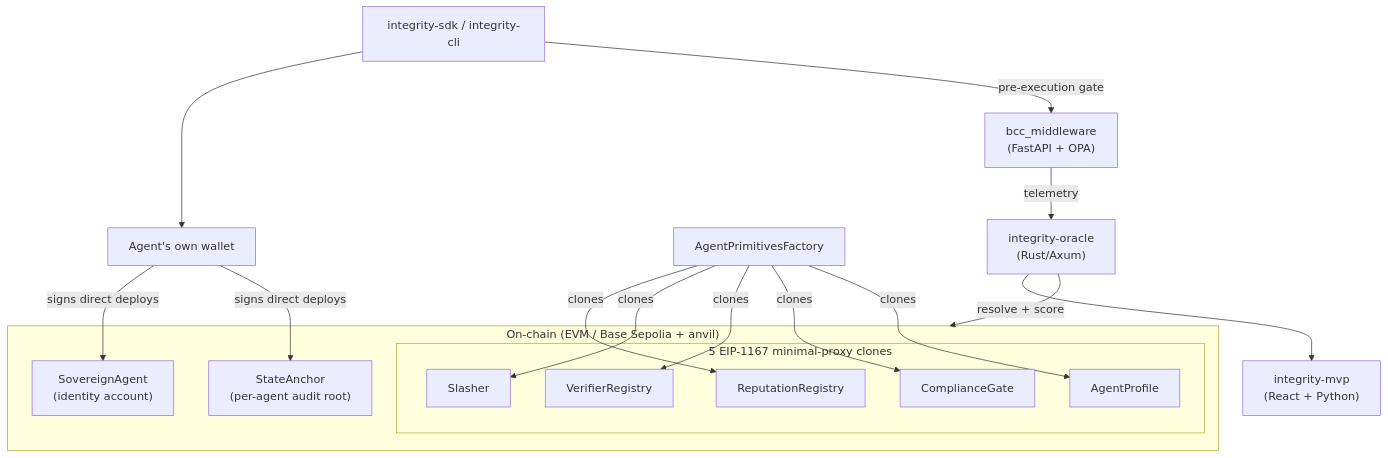
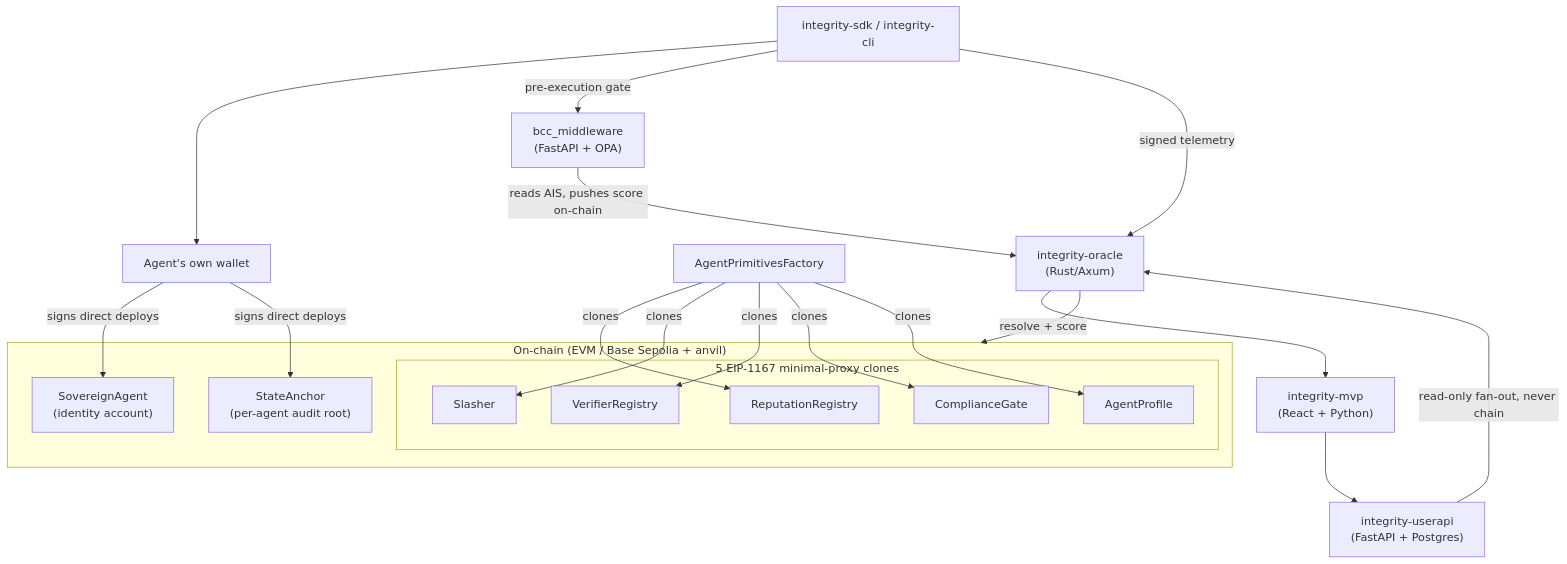
One commit to XibalbaTechSol/integrity-latest changed the diagram in docs/wiki/index.md. Above: the diagram before and after it, drawn with Mermaid. The commit also changed other lines of this file and 11 other files, not shown here.

````diff
--- a/docs/wiki/index.md
+++ b/docs/wiki/index.md
@@ -13,36 +20,40 @@
 ```mermaid
 flowchart TB
     Wallet["Agent's own wallet"]
     Factory["AgentPrimitivesFactory"]
 
     subgraph OnChain["On-chain (EVM / Base Sepolia + anvil)"]
         SA["SovereignAgent<br/>(identity account)"]
         StA["StateAnchor<br/>(per-agent audit root)"]
         subgraph Clones["5 EIP-1167 minimal-proxy clones"]
             RR["ReputationRegistry"]
             SL["Slasher"]
             VR["VerifierRegistry"]
             CG["ComplianceGate"]
             AP["AgentProfile"]
         end
     end
 
     SDK["integrity-sdk / integrity-cli"]
     BCC["bcc_middleware<br/>(FastAPI + OPA)"]
     Oracle["integrity-oracle<br/>(Rust/Axum)"]
     MVP["integrity-mvp<br/>(React + Python)"]
+    UserAPI["integrity-userapi<br/>(FastAPI + Postgres)"]
 
     Wallet -->|signs direct deploys| SA
     Wallet -->|signs direct deploys| StA
     Factory -->|clones| RR
     Factory -->|clones| SL
     Factory -->|clones| VR
     Factory -->|clones| CG
     Factory -->|clones| AP
 
     SDK --> Wallet
     SDK -->|pre-execution gate| BCC
-    BCC -->|telemetry| Oracle
+    SDK -->|signed telemetry| Oracle
+    BCC -->|reads AIS, pushes score on-chain| Oracle
     Oracle -->|resolve + score| OnChain
     Oracle --> MVP
+    UserAPI -->|read-only fan-out, never chain| Oracle
+    MVP --> UserAPI
 ```
````
